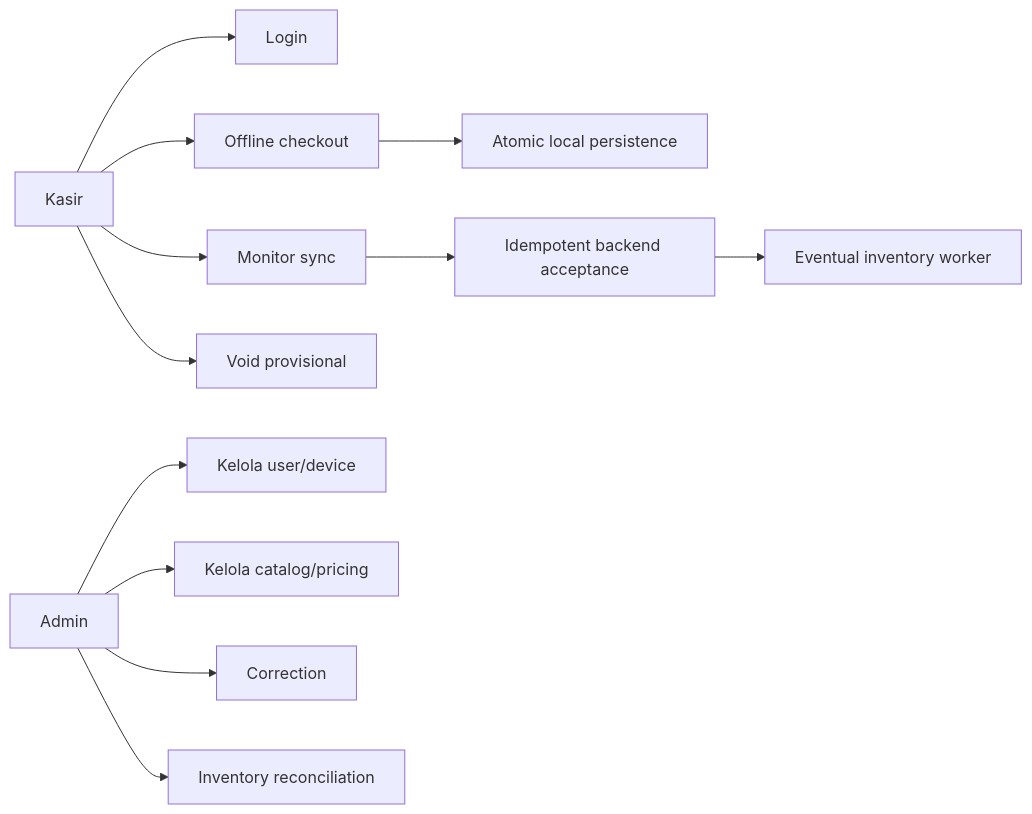
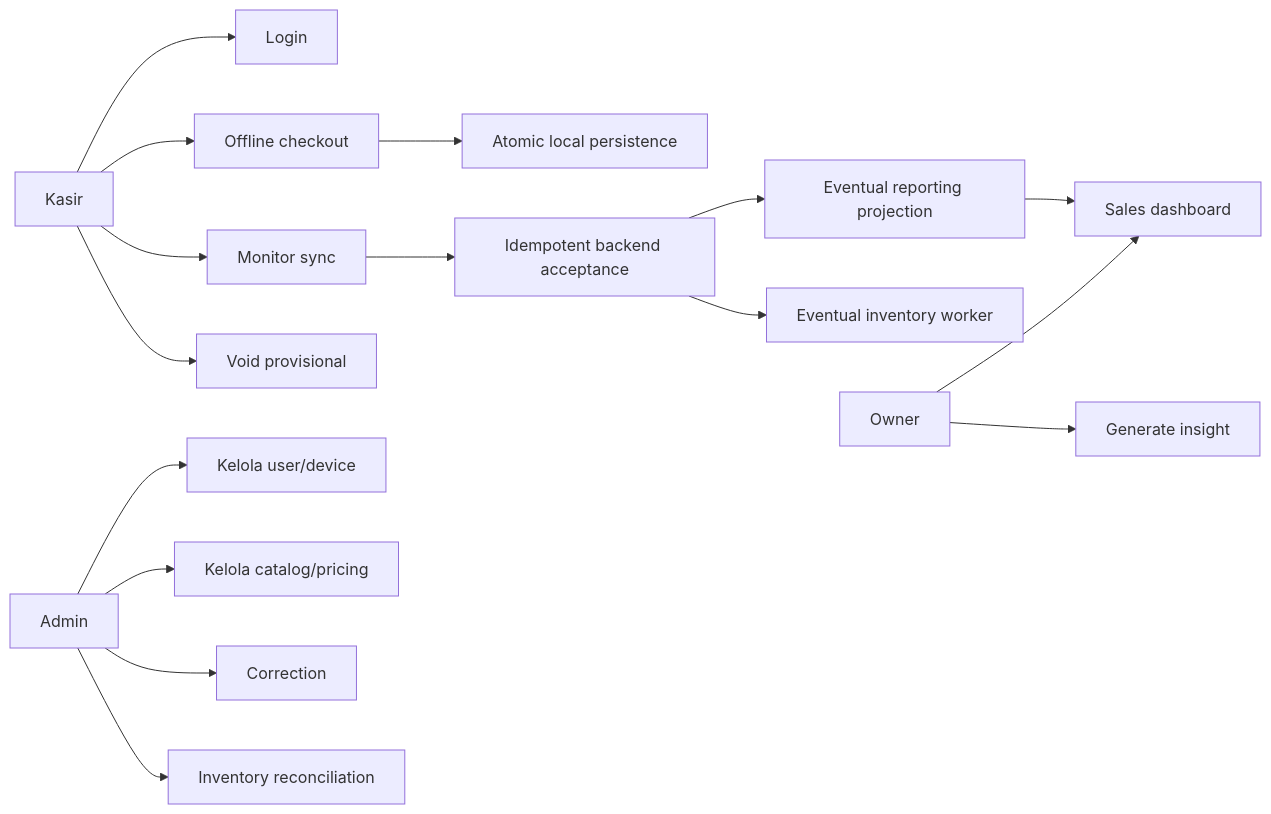
One commit to myudak/compos changed the diagram in docs/user_stories.md. Above: the diagram before and after it, drawn with Mermaid. The commit also changed other lines of this file and 24 other files, not shown here.

Commit message:
docs: document owner scaling architecture

````diff
--- a/docs/user_stories.md
+++ b/docs/user_stories.md
@@ -59,14 +71,18 @@
 ```mermaid
 flowchart LR
   Kasir --> Login
   Kasir --> Checkout["Offline checkout"]
   Kasir --> Sync["Monitor sync"]
   Kasir --> Void["Void provisional"]
   Admin --> Users["Kelola user/device"]
   Admin --> Catalog["Kelola catalog/pricing"]
   Admin --> Correct["Correction"]
   Admin --> Reconcile["Inventory reconciliation"]
+  Owner --> Dashboard["Sales dashboard"]
+  Owner --> Insight["Generate insight"]
   Checkout --> IDB["Atomic local persistence"]
   Sync --> API["Idempotent backend acceptance"]
   API --> Worker["Eventual inventory worker"]
+  API --> Reporting["Eventual reporting projection"]
+  Reporting --> Dashboard
 ```
````
